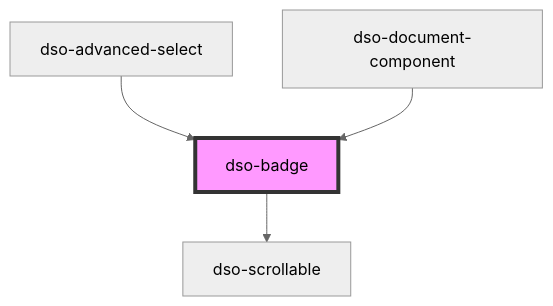
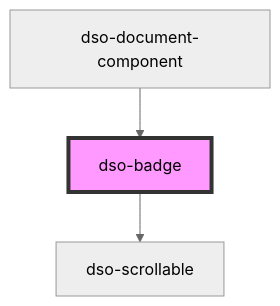
Before and after one commit to dso-toolkit/dso-toolkit: the diagram in packages/core/src/components/badge/readme.md, drawn with Mermaid (neutral theme). The commit also changed other lines of this file and 9 other files, not shown here.

Commit message:
#3302 [Changed] Advanced Select: Notificaties indicatoren (Badges) verwijderen

````diff
--- a/packages/core/src/components/badge/readme.md
+++ b/packages/core/src/components/badge/readme.md
@@ -35,7 +34,6 @@
 ```mermaid
 graph TD;
   dso-badge --> dso-scrollable
-  dso-advanced-select --> dso-badge
   dso-document-component --> dso-badge
   style dso-badge fill:#f9f,stroke:#333,stroke-width:4px
 ```
````
